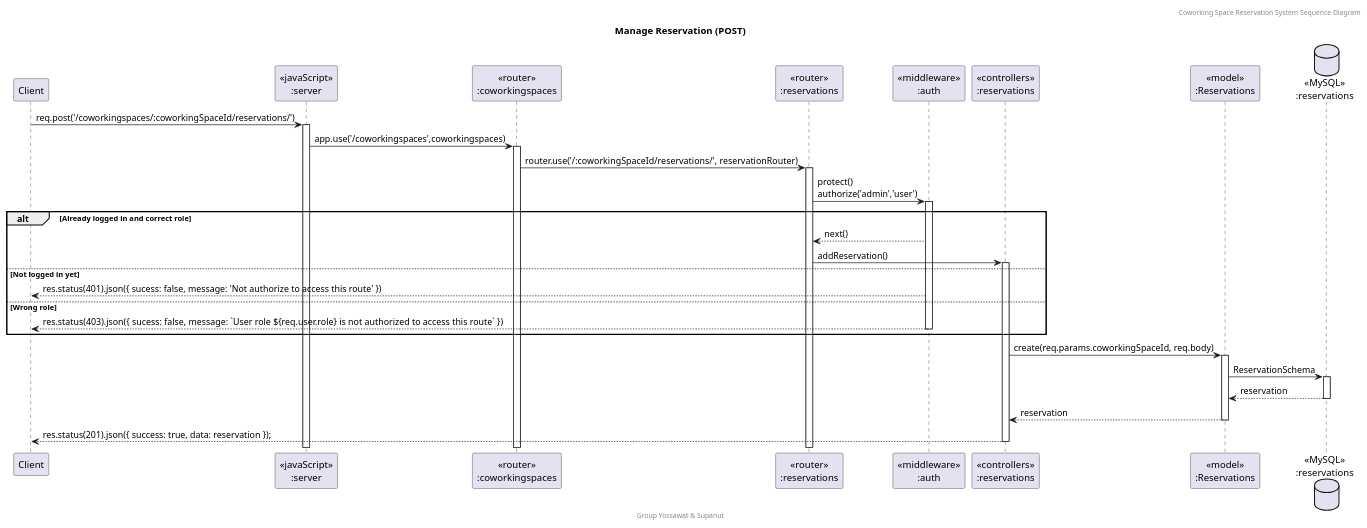
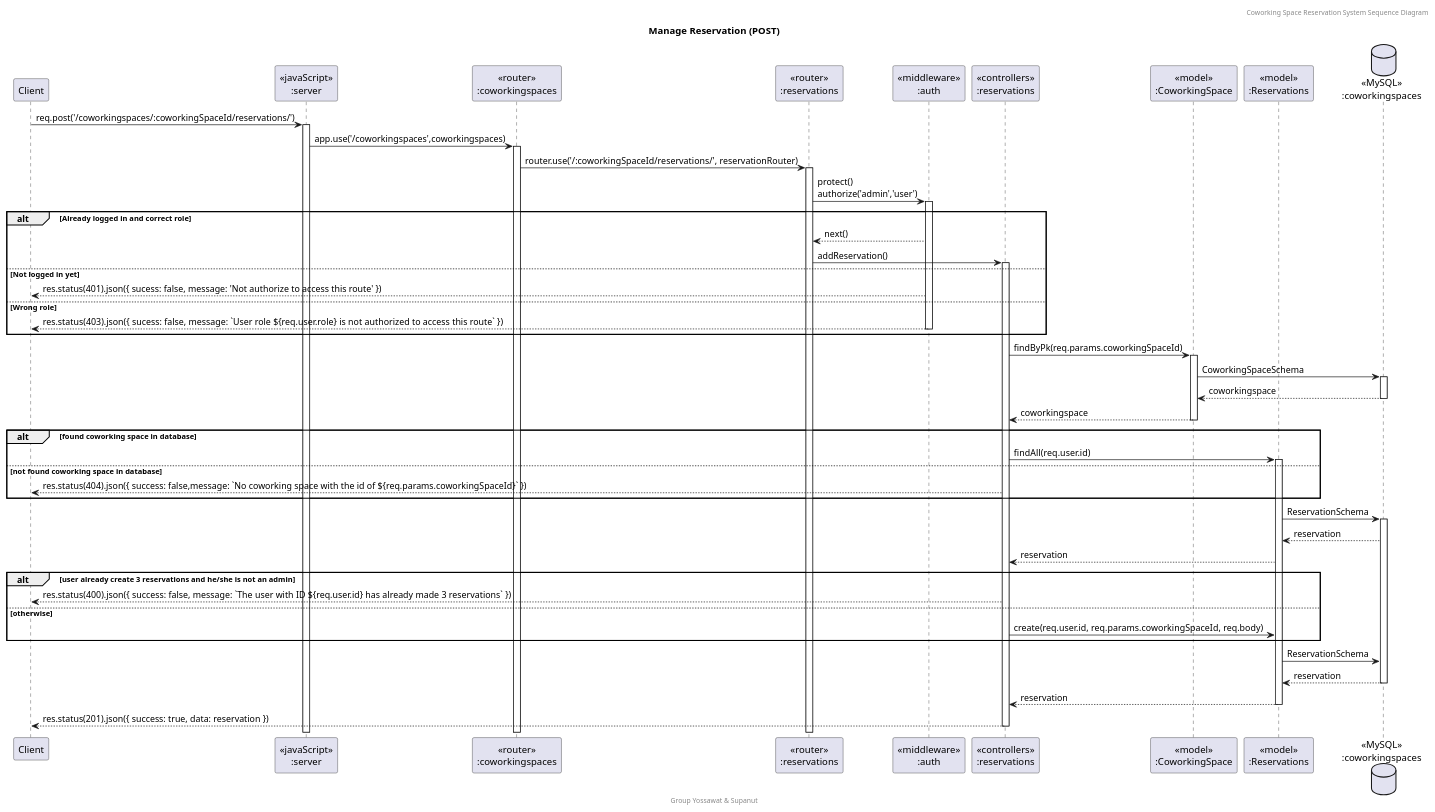
Before and after one commit to SupanutT/sw-dev-prac-project: the diagram in doc/Sequence Diagram/puml/Re_Post.puml, drawn with PlantUML. The commit also changed 29 other files, not shown here.

Commit message:
feat: add png for every diagram

```diff
--- a/doc/Sequence Diagram/puml/Re_Post.puml
+++ b/doc/Sequence Diagram/puml/Re_Post.puml
@@ -1,34 +1,51 @@
 @startuml Manage Reservation (POST)
 
 header Coworking Space Reservation System Sequence Diagram
 footer Group Yossawat & Supanut
 title "Manage Reservation (POST)"
 
 participant "Client" as client
 participant "<<javaScript>>\n:server" as server
 participant "<<router>>\n:coworkingspaces" as routerCoworkingSpaces
 participant "<<router>>\n:reservations" as routerReservations
 participant "<<middleware>>\n:auth" as middleware
 participant "<<controllers>>\n:reservations" as controllersReservations
+participant "<<model>>\n:CoworkingSpace" as modelCoworkingSpace
 participant "<<model>>\n:Reservations" as modelReservation
-database "<<MySQL>>\n:reservations" as ReservationsDatabase
+database "<<MySQL>>\n:coworkingspaces" as CoworkingSpacesDatabase
 
 client -> server ++:req.post('/coworkingspaces/:coworkingSpaceId/reservations/')
 server -> routerCoworkingSpaces ++:app.use('/coworkingspaces',coworkingspaces)
 routerCoworkingSpaces -> routerReservations ++:router.use('/:coworkingSpaceId/reservations/', reservationRouter)
 routerReservations -> middleware ++:protect()\nauthorize('admin','user')
 alt Already logged in and correct role
     middleware --> routerReservations : next()
     routerReservations -> controllersReservations ++: addReservation()
 else Not logged in yet
     middleware --> client : res.status(401).json({ sucess: false, message: 'Not authorize to access this route' })
 else Wrong role
     middleware --> client --: res.status(403).json({ sucess: false, message: `User role ${req.user.role} is not authorized to access this route` })
 end
-controllersReservations -> modelReservation ++: create(req.params.coworkingSpaceId, req.body)
-modelReservation -> ReservationsDatabase ++: ReservationSchema
-ReservationsDatabase --> modelReservation --: reservation
+controllersReservations -> modelCoworkingSpace ++: findByPk(req.params.coworkingSpaceId)
+modelCoworkingSpace -> CoworkingSpacesDatabase ++: CoworkingSpaceSchema
+CoworkingSpacesDatabase --> modelCoworkingSpace --: coworkingspace
+controllersReservations <-- modelCoworkingSpace --:coworkingspace
+alt found coworking space in database
+    controllersReservations -> modelReservation  ++: findAll(req.user.id)
+else not found coworking space in database
+    controllersReservations --> client  : res.status(404).json({ success: false,message: `No coworking space with the id of ${req.params.coworkingSpaceId}` })
+end
+modelReservation -> CoworkingSpacesDatabase ++: ReservationSchema
+CoworkingSpacesDatabase --> modelReservation : reservation
+controllersReservations <-- modelReservation : reservation
+alt user already create 3 reservations and he/she is not an admin
+    controllersReservations --> client : res.status(400).json({ success: false, message: `The user with ID ${req.user.id} has already made 3 reservations` })
+else otherwise
+    controllersReservations -> modelReservation : create(req.user.id, req.params.coworkingSpaceId, req.body)
+end
+modelReservation -> CoworkingSpacesDatabase : ReservationSchema
+CoworkingSpacesDatabase --> modelReservation --: reservation
 controllersReservations <-- modelReservation --: reservation
-controllersReservations --> client --:res.status(201).json({ success: true, data: reservation });
+controllersReservations --> client --:res.status(201).json({ success: true, data: reservation })
 
 @enduml
```
